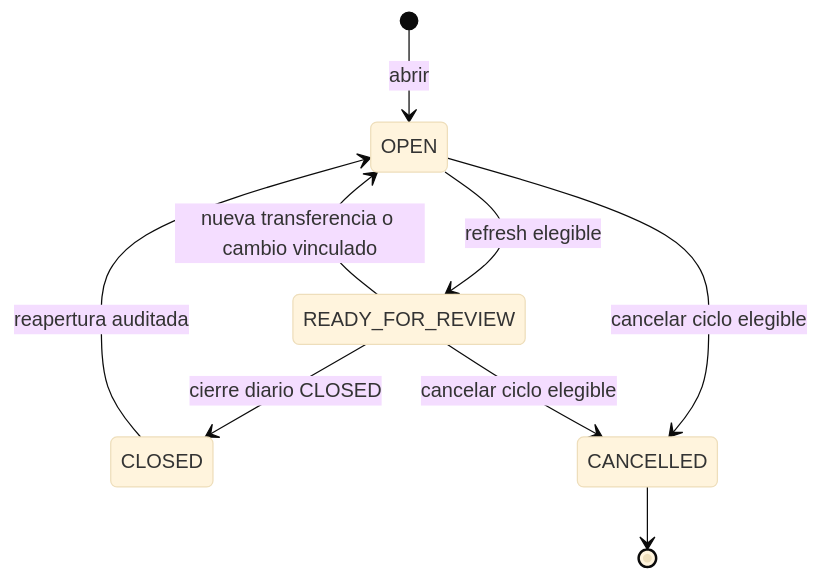
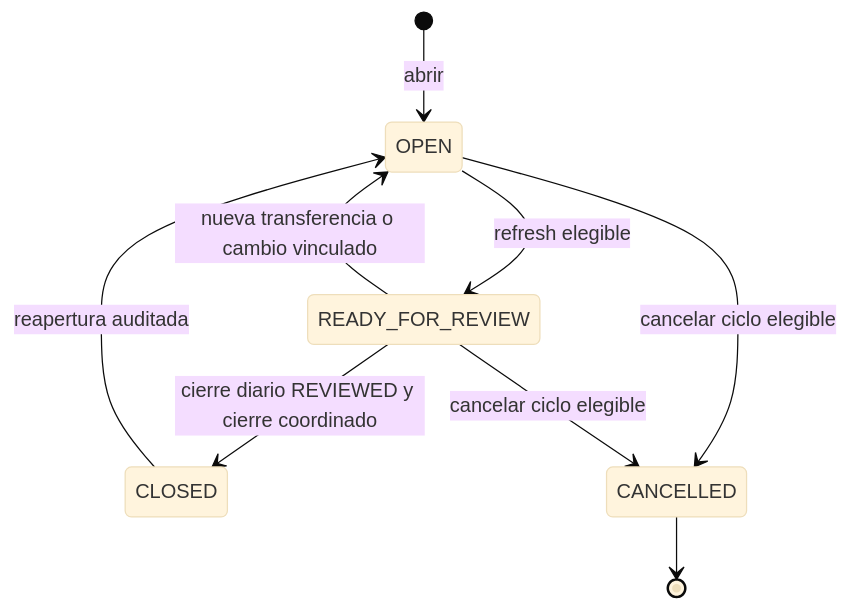
Before and after one commit to MarcosZamudio06/Los-Pollos-Distribuidora: the first of 2 diagrams in openspec/changes/add-cedis-branch-supply-cycle/state-diagram.md, drawn with Mermaid (base theme). The commit also changed other lines of this file and 27 other files, not shown here.

````diff
--- a/openspec/changes/add-cedis-branch-supply-cycle/state-diagram.md
+++ b/openspec/changes/add-cedis-branch-supply-cycle/state-diagram.md
@@ -5,11 +5,11 @@
 ```mermaid
 stateDiagram-v2
     [*] --> OPEN: abrir
     OPEN --> READY_FOR_REVIEW: refresh elegible
     READY_FOR_REVIEW --> OPEN: nueva transferencia o cambio vinculado
-    READY_FOR_REVIEW --> CLOSED: cierre diario CLOSED
+    READY_FOR_REVIEW --> CLOSED: cierre diario REVIEWED y cierre coordinado
     CLOSED --> OPEN: reapertura auditada
     OPEN --> CANCELLED: cancelar ciclo elegible
     READY_FOR_REVIEW --> CANCELLED: cancelar ciclo elegible
     CANCELLED --> [*]
 ```
````
